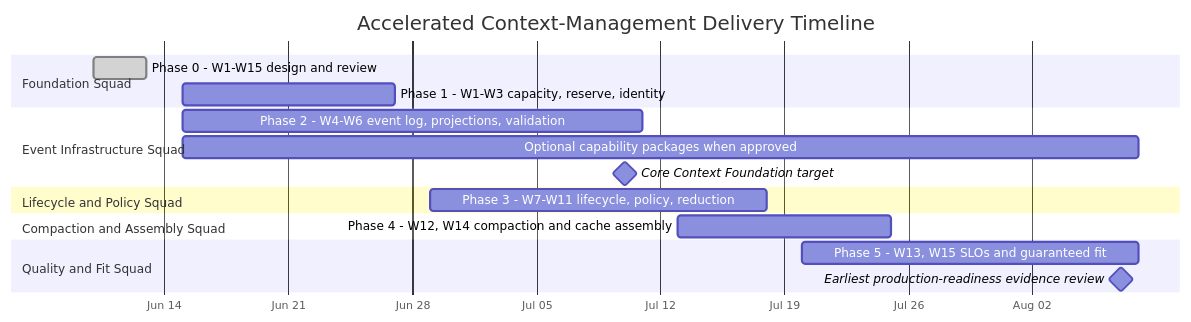
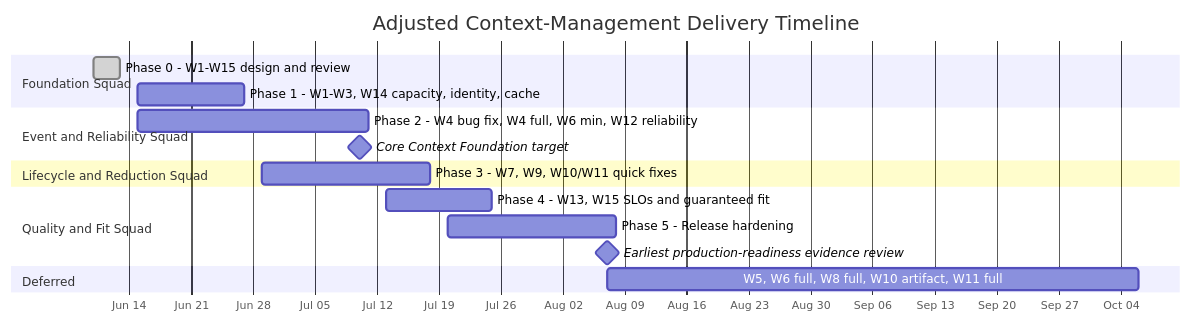
Before and after one commit to ModelEngine-Group/nexent: the fifth of 6 diagrams in doc/working/context-management-workstreams/context-management-production-plan.md, drawn with Mermaid. The commit also changed other lines of this file and 10 other files, not shown here.

````diff
--- a/doc/working/context-management-workstreams/context-management-production-plan.md
+++ b/doc/working/context-management-workstreams/context-management-production-plan.md
@@ -1263,25 +1301,25 @@
 ```mermaid
 gantt
-    title Accelerated Context-Management Delivery Timeline
+    title Adjusted Context-Management Delivery Timeline
     dateFormat  YYYY-MM-DD
     axisFormat  %b %d
 
     section Foundation Squad
     Phase 0 - W1-W15 design and review                 :done, p0, 2026-06-10, 3d
-    Phase 1 - W1-W3 capacity, reserve, identity        :p1, 2026-06-15, 12d
+    Phase 1 - W1-W3, W14 capacity, identity, cache    :p1, 2026-06-15, 12d
 
-    section Event Infrastructure Squad
-    Phase 2 - W4-W6 event log, projections, validation :p2, 2026-06-15, 26d
-    Optional capability packages when approved         :p17, 2026-06-15, 54d
+    section Event and Reliability Squad
+    Phase 2 - W4 bug fix, W4 full, W6 min, W12 reliability :p2, 2026-06-15, 26d
     Core Context Foundation target                     :milestone, m1, 2026-07-10, 0d
 
-    section Lifecycle and Policy Squad
-    Phase 3 - W7-W11 lifecycle, policy, reduction      :p3, 2026-06-29, 19d
-
-    section Compaction and Assembly Squad
-    Phase 4 - W12, W14 compaction and cache assembly   :p4, 2026-07-13, 12d
+    section Lifecycle and Reduction Squad
+    Phase 3 - W7, W9, W10/W11 quick fixes             :p3, 2026-06-29, 19d
 
     section Quality and Fit Squad
-    Phase 5 - W13, W15 SLOs and guaranteed fit         :p5, 2026-07-20, 19d
+    Phase 4 - W13, W15 SLOs and guaranteed fit        :p4, 2026-07-13, 12d
+    Phase 5 - Release hardening                        :p5, 2026-07-20, 19d
     Earliest production-readiness evidence review      :milestone, m2, 2026-08-07, 0d
+
+    section Deferred
+    W5, W6 full, W8 full, W10 artifact, W11 full      :deferred, 2026-08-07, 60d
 ```
````
